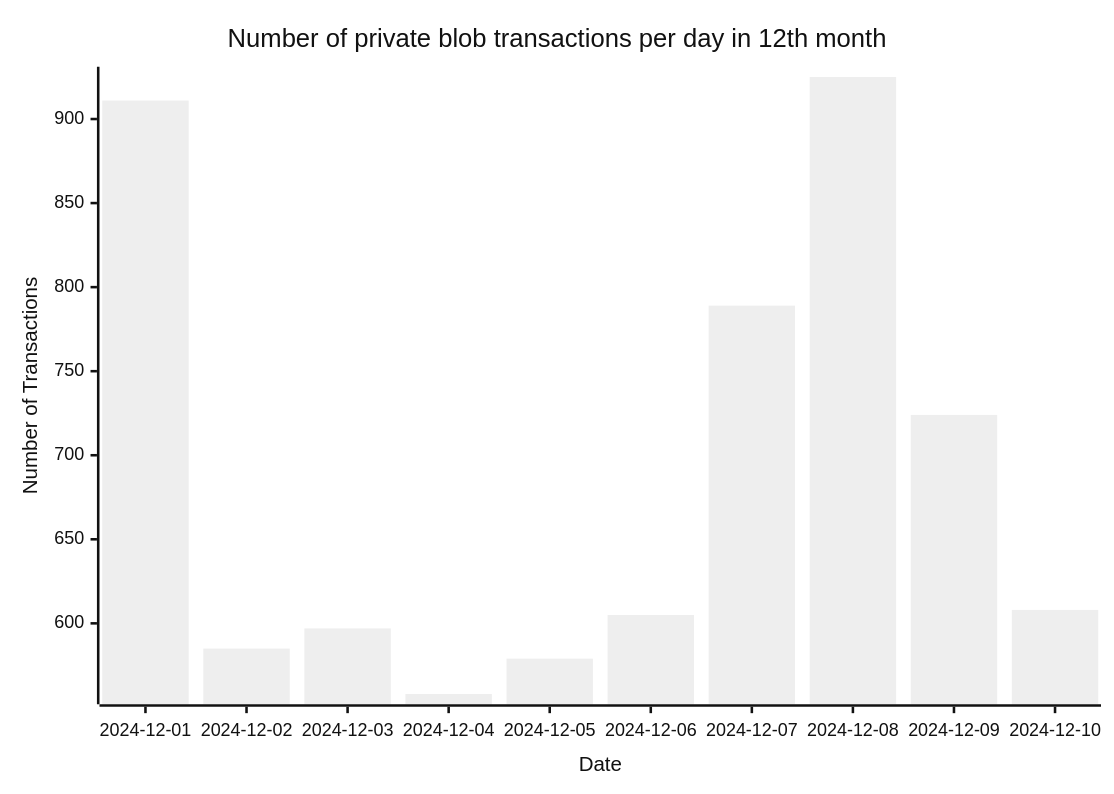
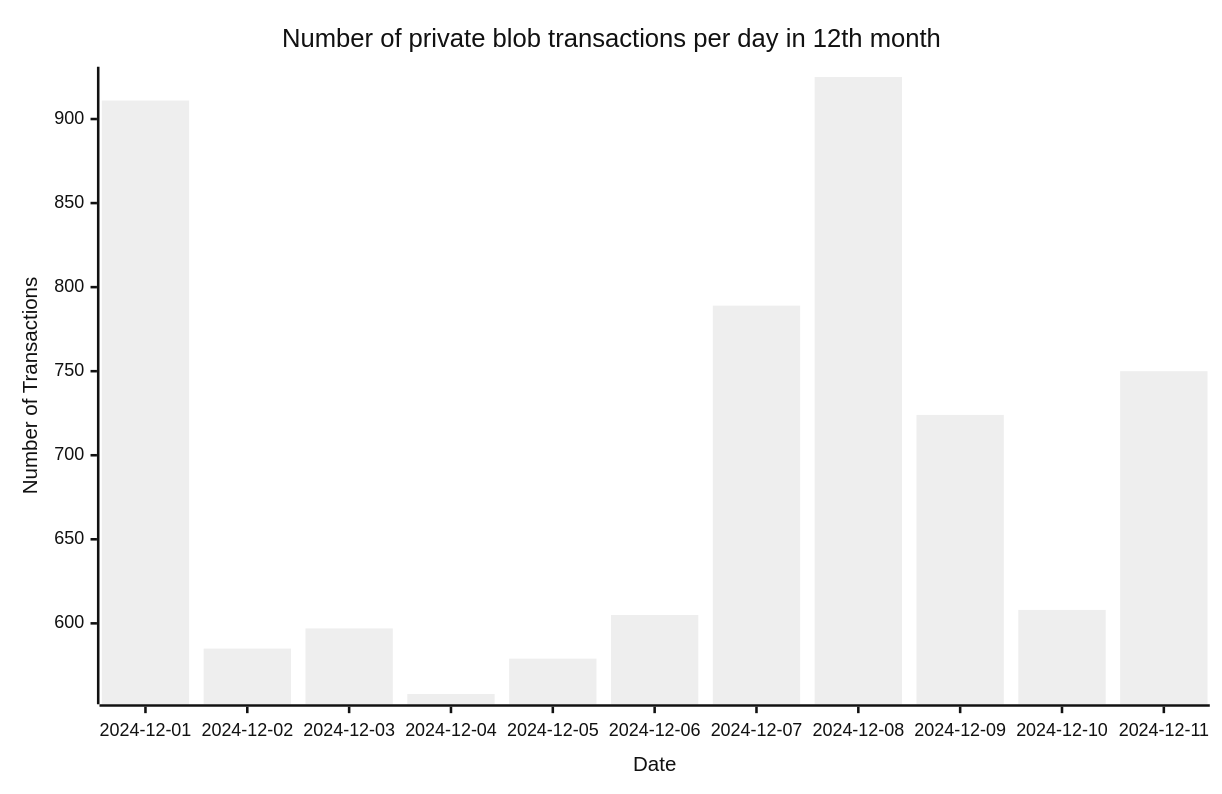
Before and after one commit to Amit0617/eip4844-data: the diagram in README.md, drawn with Mermaid (neutral theme). The commit also changed 1 other file, not shown here.

````diff
--- a/README.md
+++ b/README.md
@@ -1,12 +1,12 @@
 ```mermaid
 ---
 config:
     xyChart:
-        width: 850
+        width: 935
         height: 600
 ---
 xychart-beta title "Number of private blob transactions per day in 12th month"
-x-axis "Date" [2024-12-01,2024-12-02,2024-12-03,2024-12-04,2024-12-05,2024-12-06,2024-12-07,2024-12-08,2024-12-09,2024-12-10]
+x-axis "Date" [2024-12-01,2024-12-02,2024-12-03,2024-12-04,2024-12-05,2024-12-06,2024-12-07,2024-12-08,2024-12-09,2024-12-10,2024-12-11]
 y-axis "Number of Transactions"
-bar[911,585,597,558,579,605,789,925,724,608]
+bar[911,585,597,558,579,605,789,925,724,608,750]
 ```
````
